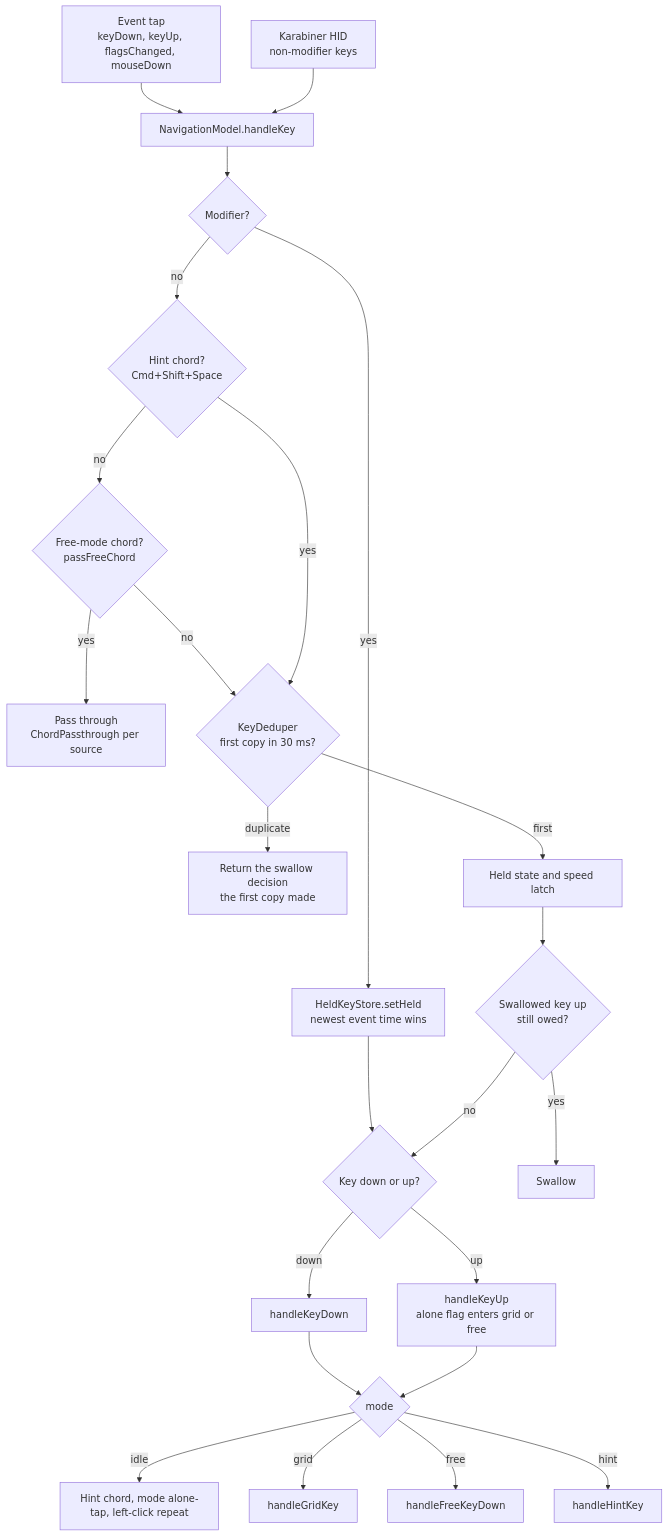
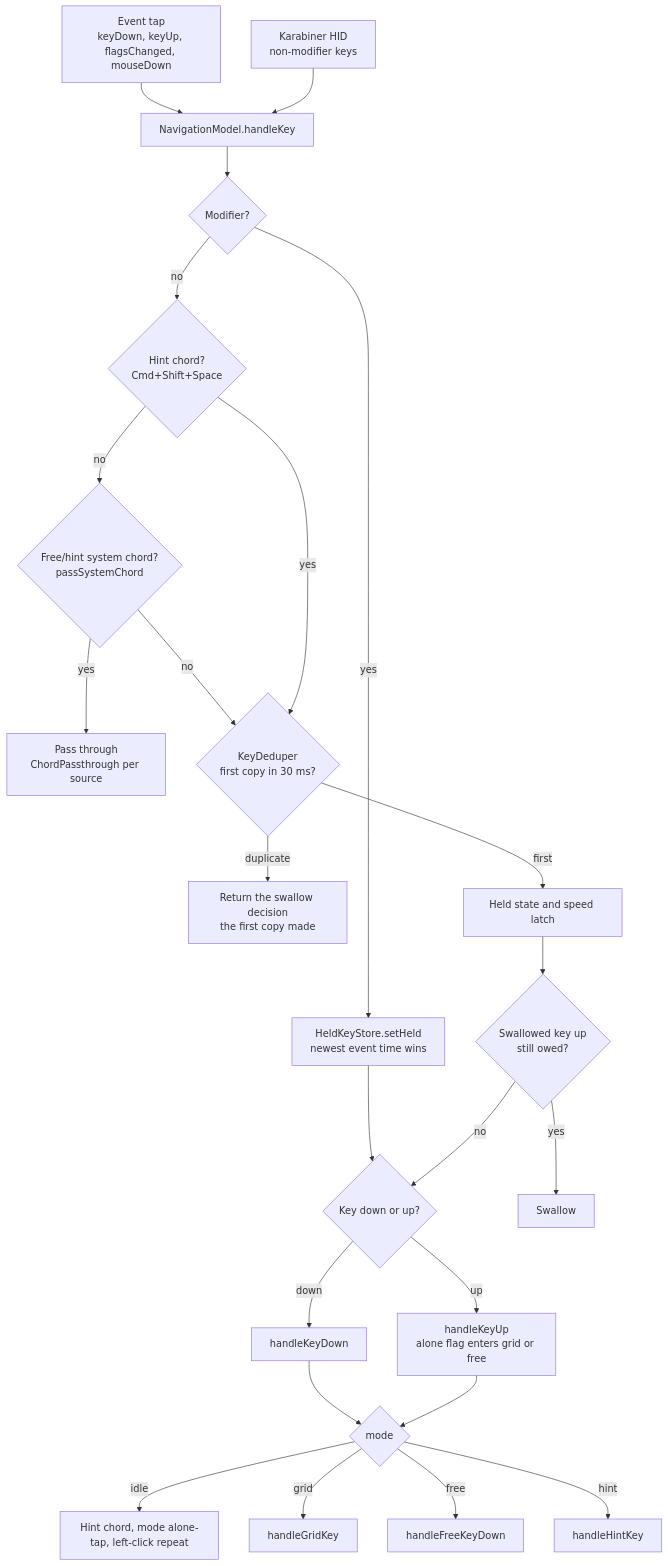
Before and after one commit to marchellll/unmouse: the third of 13 diagrams in docs/architecture.md, drawn with Mermaid. The commit also changed other lines of this file and 6 other files, not shown here.

Commit message:
feat: enhance the hint mode

````diff
--- a/docs/architecture.md
+++ b/docs/architecture.md
@@ -102,29 +102,29 @@
 ```mermaid
 flowchart TD
     TAP["Event tap<br/>keyDown, keyUp, flagsChanged, mouseDown"] --> HK
     KAR["Karabiner HID<br/>non-modifier keys"] --> HK
     HK["NavigationModel.handleKey"] --> MOD{"Modifier?"}
 
     MOD -->|yes| HELD["HeldKeyStore.setHeld<br/>newest event time wins"]
     HELD --> UD
 
     MOD -->|no| HINTCHK{"Hint chord?<br/>Cmd+Shift+Space"}
-    HINTCHK -->|no| CHORD{"Free-mode chord?<br/>passFreeChord"}
+    HINTCHK -->|no| CHORD{"Free/hint system chord?<br/>passSystemChord"}
     CHORD -->|yes| PASS["Pass through<br/>ChordPassthrough per source"]
     CHORD -->|no| DEDUP
     HINTCHK -->|yes| DEDUP{"KeyDeduper<br/>first copy in 30 ms?"}
     DEDUP -->|duplicate| REPLAY["Return the swallow decision<br/>the first copy made"]
     DEDUP -->|first| HOLDS["Held state and speed latch"]
     HOLDS --> HOLDACT{"Swallowed key up<br/>still owed?"}
     HOLDACT -->|yes| SWALLOW["Swallow"]
     HOLDACT -->|no| UD
 
     UD{"Key down or up?"} -->|down| KD["handleKeyDown"]
     UD -->|up| KU["handleKeyUp<br/>alone flag enters grid or free"]
     KD --> MODE{"mode"}
     KU --> MODE
     MODE -->|idle| IDLE["Hint chord, mode alone-tap, left-click repeat"]
     MODE -->|grid| G["handleGridKey"]
     MODE -->|free| F["handleFreeKeyDown"]
     MODE -->|hint| H["handleHintKey"]
 ```
````
